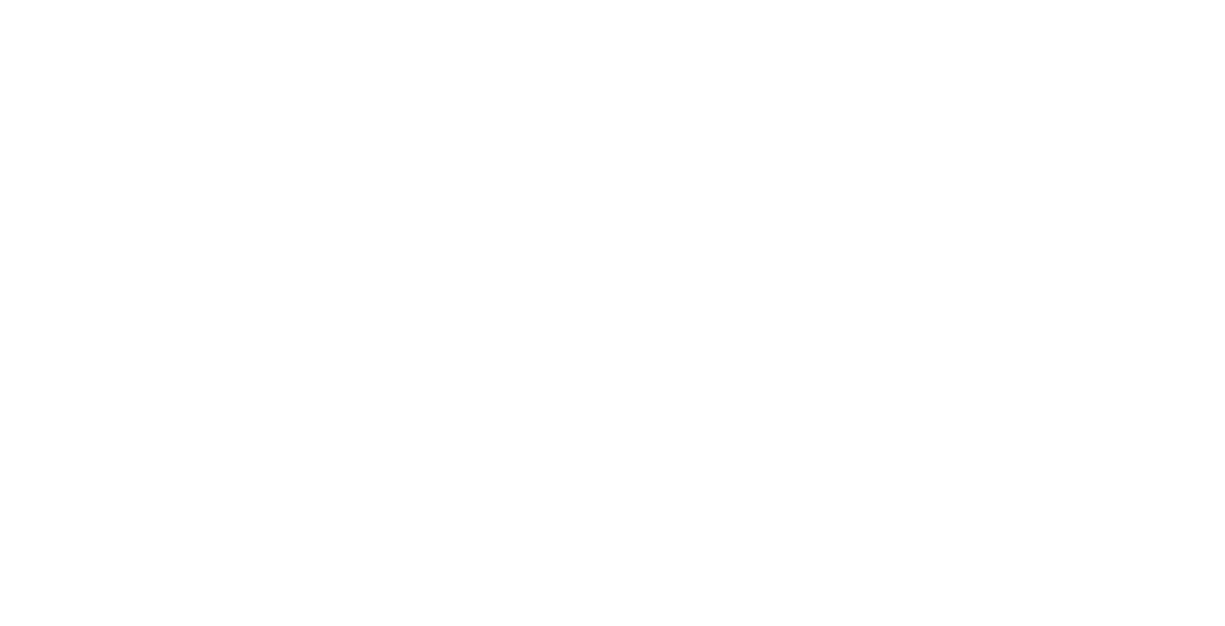
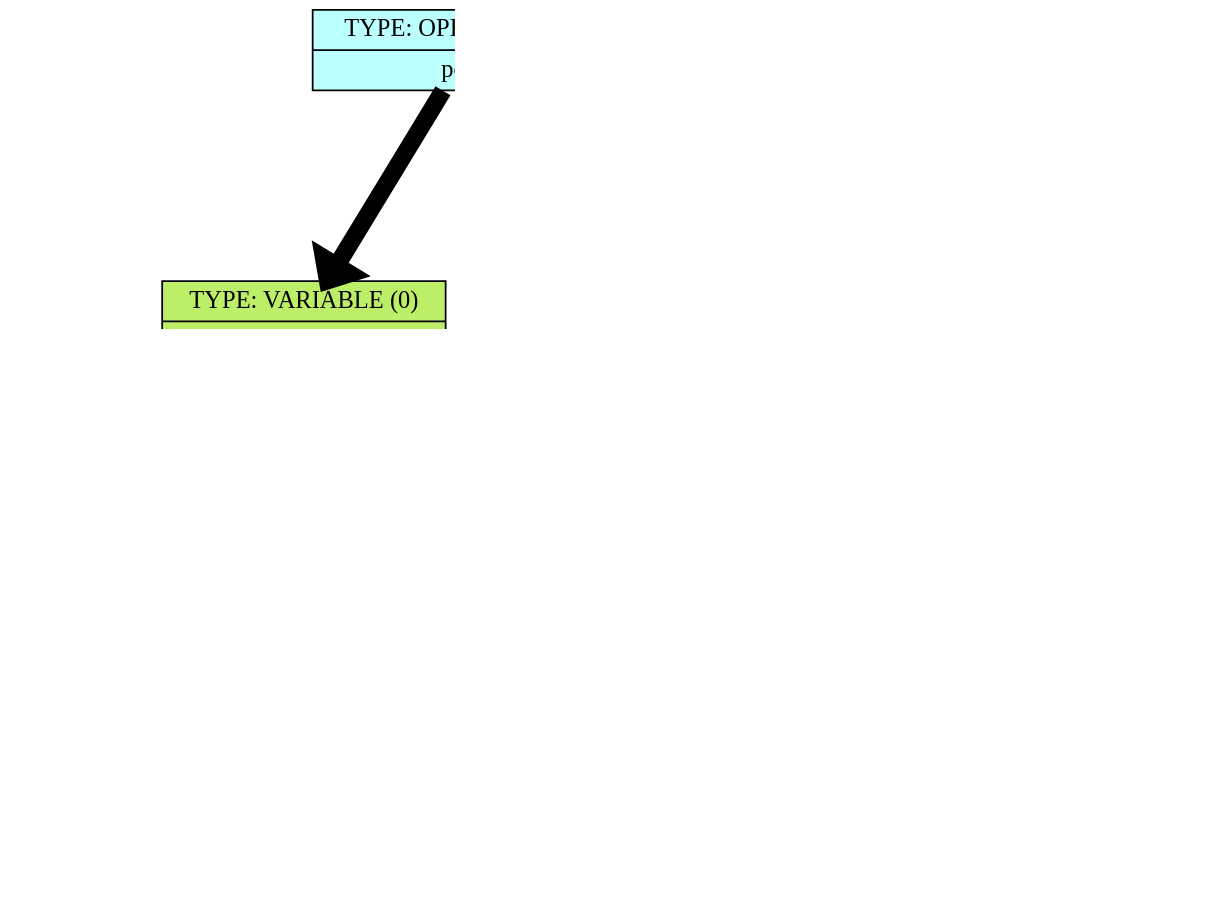
One commit to Troll0ton/Trollanguage changed the diagram in backend/dump/list_graph.dot. Above: the diagram before and after it, drawn with Graphviz. The commit also changed 52 other files, not shown here.

```diff
--- a/backend/dump/list_graph.dot
+++ b/backend/dump/list_graph.dot
@@ -1,26 +1,32 @@
 digraph structs {    
 rankdir = TB;        
 graph [dpi = 200];   
 ranksep = 1.5;       
 edge[penwidth = 10]; 
 cell0 [style = filled, color = black, shape=record, 
+fillcolor = paleturquoise1, label = " { <ptr> TYPE: OPERATION (0) | pop -} " ];                         
+cell1 [style = filled, color = black, shape=record, 
+fillcolor = darkolivegreen2, label = " { <ptr> TYPE: VARIABLE (0) | x} " ];                         
+cell2 [style = filled, color = black, shape=record, 
 fillcolor = paleturquoise1, label = " { <ptr> TYPE: OPERATION (0) | sub} " ];                         
-cell1 [style = filled, color = black, shape=record, 
+cell3 [style = filled, color = black, shape=record, 
 fillcolor = paleturquoise1, label = " { <ptr> TYPE: OPERATION (0) | add} " ];                         
-cell2 [style = filled, color = black, shape=record, 
+cell4 [style = filled, color = black, shape=record, 
+fillcolor = coral2, label = " { <ptr> TYPE: NUMERIC (0) | 300} " ];                         
+cell5 [style = filled, color = black, shape=record, 
+fillcolor = coral2, label = " { <ptr> TYPE: NUMERIC (0) | 100} " ];                         
+cell6 [style = filled, color = black, shape=record, 
+fillcolor = paleturquoise1, label = " { <ptr> TYPE: OPERATION (0) | mul} " ];                         
+cell7 [style = filled, color = black, shape=record, 
+fillcolor = coral2, label = " { <ptr> TYPE: NUMERIC (0) | 889} " ];                         
+cell8 [style = filled, color = black, shape=record, 
 fillcolor = coral2, label = " { <ptr> TYPE: NUMERIC (0) | 877} " ];                         
-cell3 [style = filled, color = black, shape=record, 
-fillcolor = darkolivegreen2, label = " { <ptr> TYPE: VARIABLE (0) | x} " ];                         
-cell4 [style = filled, color = black, shape=record, 
-fillcolor = paleturquoise1, label = " { <ptr> TYPE: OPERATION (0) | mul} " ];                         
-cell5 [style = filled, color = black, shape=record, 
-fillcolor = darkolivegreen2, label = " { <ptr> TYPE: VARIABLE (0) | y} " ];                         
-cell6 [style = filled, color = black, shape=record, 
-fillcolor = coral2, label = " { <ptr> TYPE: NUMERIC (0) | 787} " ];                         
 cell0 -> cell1;
-cell1 -> cell2;
-cell1 -> cell3;
-cell0 -> cell4;
-cell4 -> cell5;
-cell4 -> cell6;
+cell0 -> cell2;
+cell2 -> cell3;
+cell3 -> cell4;
+cell3 -> cell5;
+cell2 -> cell6;
+cell6 -> cell7;
+cell6 -> cell8;
 }
```
